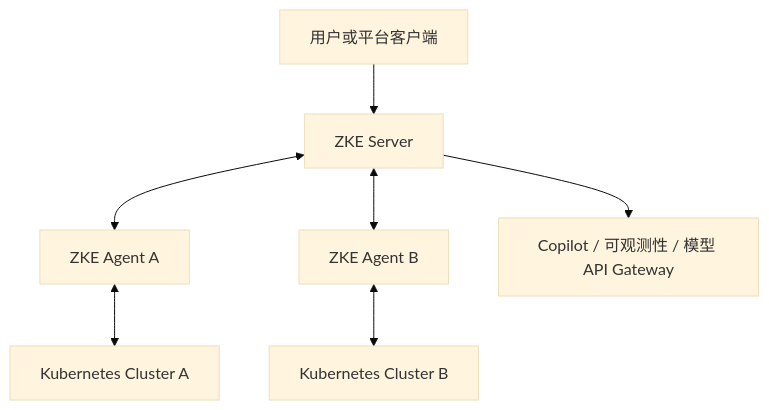
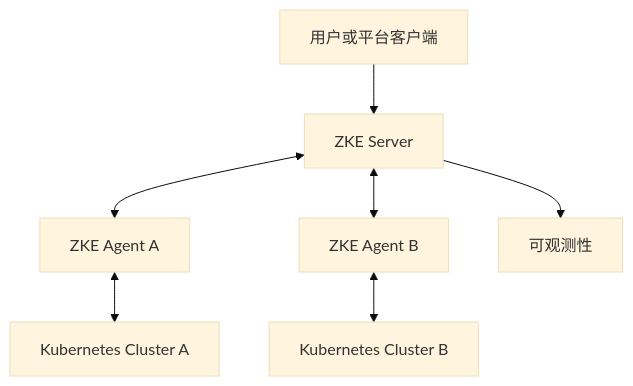
The diagram in README.md (togettoyou/zke), drawn with Mermaid (base theme) before and after one commit. The commit also changed other lines of this file and 14 other files, not shown here.

````diff
--- a/README.md
+++ b/README.md
@@ -45,9 +40,9 @@
 ```mermaid
 flowchart TB
     User["用户或平台客户端"] --> Server["ZKE Server"]
     Server <--> AgentA["ZKE Agent A"]
     Server <--> AgentB["ZKE Agent B"]
     AgentA <--> ClusterA["Kubernetes Cluster A"]
     AgentB <--> ClusterB["Kubernetes Cluster B"]
-    Server --> Services["Copilot / 可观测性 / 模型 API Gateway"]
+    Server --> Services["可观测性"]
 ```
````
